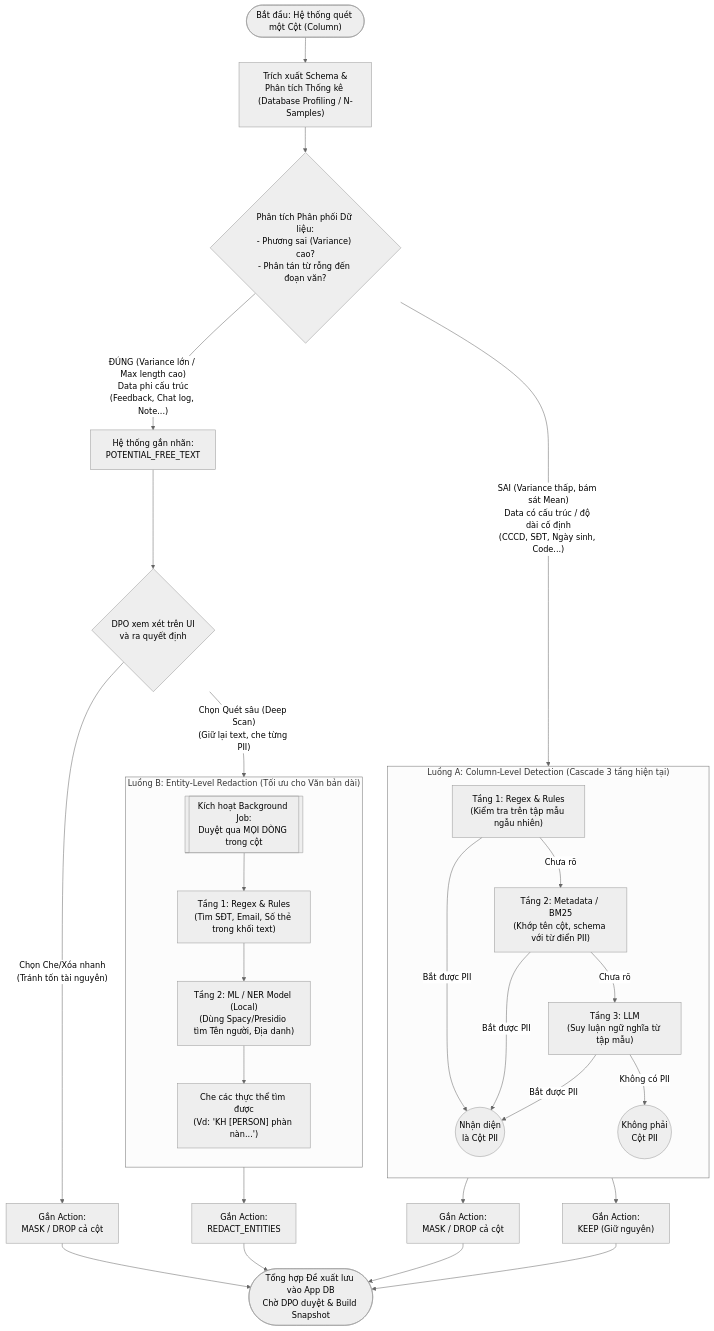
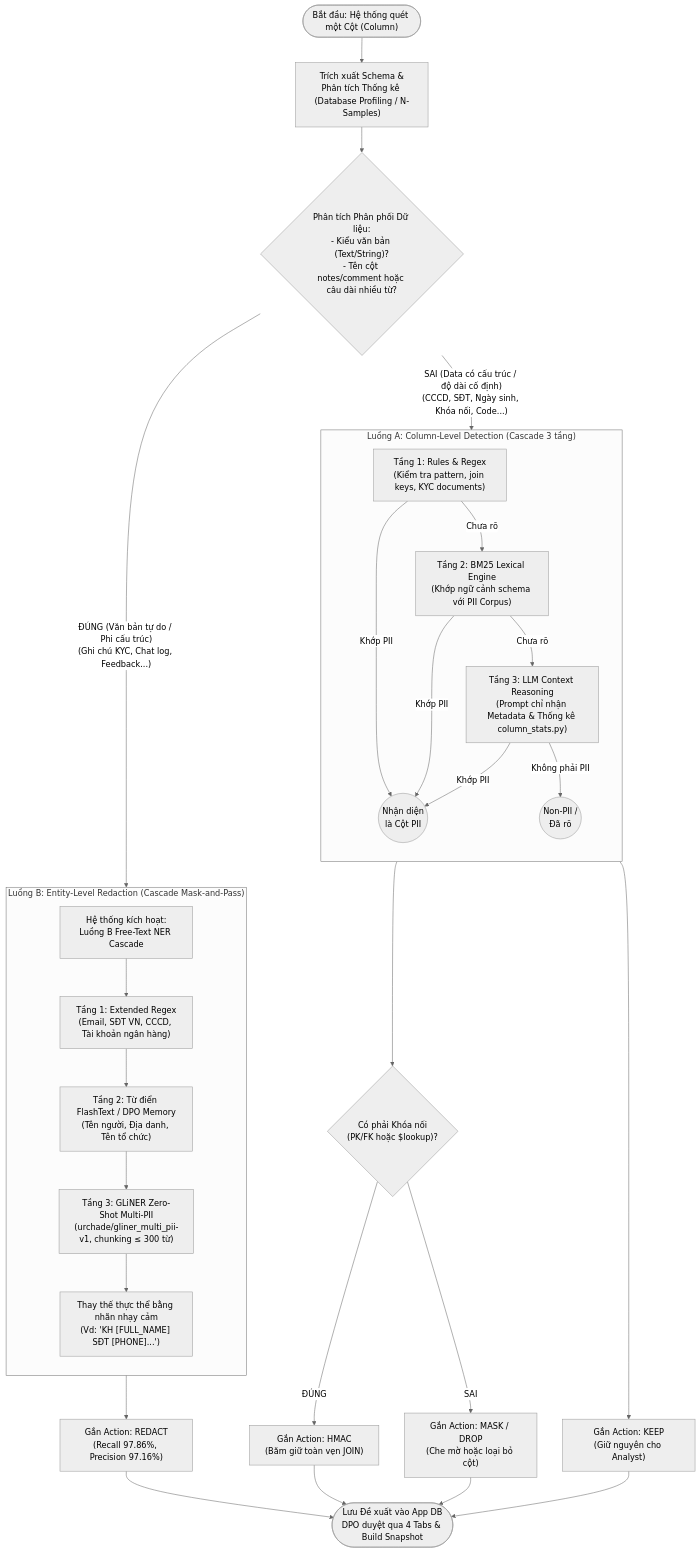
The diagram in docs/pii_redaction_flowchart.md (tlong1610/PII_Masking), drawn with Mermaid (neutral theme) before and after one commit. The commit also changed other lines of this file and 13 other files, not shown here.

````diff
--- a/docs/pii_redaction_flowchart.md
+++ b/docs/pii_redaction_flowchart.md
@@ -5,50 +5,46 @@
 ```mermaid
 flowchart TD
     Start(["Bắt đầu: Hệ thống quét một Cột (Column)"]) --> Profiling["Trích xuất Schema &\nPhân tích Thống kê (Database Profiling / N-Samples)"]
     
-    Profiling --> Condition{"Phân tích Phân phối Dữ liệu:\n- Phương sai (Variance) cao?\n- Phân tán từ rỗng đến đoạn văn?"}
+    Profiling --> Condition{"Phân tích Phân phối Dữ liệu:\n- Kiểu văn bản (Text/String)?\n- Tên cột notes/comment hoặc câu dài nhiều từ?"}
     
     %% ================= LUỒNG B =================
-    Condition -- "ĐÚNG (Variance lớn / Max length cao)\nData phi cấu trúc\n(Feedback, Chat log, Note...)" --> FlowB_Start["Hệ thống gắn nhãn:\nPOTENTIAL_FREE_TEXT"]
-    FlowB_Start --> DPODecision{"DPO xem xét trên UI\nvà ra quyết định"}
+    Condition -- "ĐÚNG (Văn bản tự do / Phi cấu trúc)\n(Ghi chú KYC, Chat log, Feedback...)" --> FlowB_Start["Hệ thống kích hoạt:\nLuồng B Free-Text NER Cascade"]
     
-    DPODecision -- "Chọn Che/Xóa nhanh\n(Tránh tốn tài nguyên)" --> NormalAction["Gắn Action:\nMASK / DROP cả cột"]
-    
-    DPODecision -- "Chọn Quét sâu (Deep Scan)\n(Giữ lại text, che từng PII)" 
-    
-    --> RowLevelJob[["Kích hoạt Background Job:\nDuyệt qua MỌI DÒNG trong cột"]]
-    
-    subgraph FlowB ["Luồng B: Entity-Level Redaction (Tối ưu cho Văn bản dài)"]
+    subgraph FlowB ["Luồng B: Entity-Level Redaction (Cascade Mask-and-Pass)"]
         direction TB
-        RowLevelJob --> B_Regex["Tầng 1: Regex & Rules\n(Tìm SĐT, Email, Số thẻ trong khối text)"]
-        B_Regex --> B_NER["Tầng 2: ML / NER Model (Local)\n(Dùng Spacy/Presidio tìm Tên người, Địa danh)"]
-        B_NER --> B_Output["Che các thực thể tìm được\n(Vd: 'KH [PERSON] phàn nàn...')"]
+        FlowB_Start --> B_Regex["Tầng 1: Extended Regex\n(Email, SĐT VN, CCCD, Tài khoản ngân hàng)"]
+        B_Regex --> B_FlashText["Tầng 2: Từ điển FlashText / DPO Memory\n(Tên người, Địa danh, Tên tổ chức)"]
+        B_FlashText --> B_GLiNER["Tầng 3: GLiNER Zero-Shot Multi-PII\n(urchade/gliner_multi_pii-v1, chunking ≤ 300 từ)"]
+        B_GLiNER --> B_Output["Thay thế thực thể bằng nhãn nhạy cảm\n(Vd: 'KH [FULL_NAME] SĐT [PHONE]...')"]
     end
     
-    B_Output --> RedactAction["Gắn Action:\nREDACT_ENTITIES"]
+    B_Output --> RedactAction["Gắn Action: REDACT\n(Recall 97.86%, Precision 97.16%)"]
     
     %% ================= LUỒNG A =================
-    Condition -- "SAI (Variance thấp, bám sát Mean)\nData có cấu trúc / độ dài cố định\n(CCCD, SĐT, Ngày sinh, Code...)" --> A_Regex
+    Condition -- "SAI (Data có cấu trúc / độ dài cố định)\n(CCCD, SĐT, Ngày sinh, Khóa nối, Code...)" --> A_Regex
     
-    subgraph FlowA ["Luồng A: Column-Level Detection (Cascade 3 tầng hiện tại)"]
+    subgraph FlowA ["Luồng A: Column-Level Detection (Cascade 3 tầng)"]
         direction TB
-        A_Regex["Tầng 1: Regex & Rules\n(Kiểm tra trên tập mẫu ngẫu nhiên)"]
-        A_Regex -- "Chưa rõ" --> A_BM25["Tầng 2: Metadata / BM25\n(Khớp tên cột, schema với từ điển PII)"]
-        A_BM25 -- "Chưa rõ" --> A_LLM["Tầng 3: LLM\n(Suy luận ngữ nghĩa từ tập mẫu)"]
+        A_Regex["Tầng 1: Rules & Regex\n(Kiểm tra pattern, join keys, KYC documents)"]
+        A_Regex -- "Chưa rõ" --> A_BM25["Tầng 2: BM25 Lexical Engine\n(Khớp ngữ cảnh schema với PII Corpus)"]
+        A_BM25 -- "Chưa rõ" --> A_LLM["Tầng 3: LLM Context Reasoning\n(Prompt chỉ nhận Metadata & Thống kê column_stats.py)"]
         
-        A_Regex -- "Bắt được PII" --> A_Found((Nhận diện\nlà Cột PII))
-        A_BM25 -- "Bắt được PII" --> A_Found
-        A_LLM -- "Bắt được PII" --> A_Found
+        A_Regex -- "Khớp PII" --> A_Found((Nhận diện\nlà Cột PII))
+        A_BM25 -- "Khớp PII" --> A_Found
+        A_LLM -- "Khớp PII" --> A_Found
         
-        A_LLM -- "Không có PII" --> A_Safe((Không phải\nCột PII))
+        A_LLM -- "Không phải PII" --> A_Safe((Non-PII /\nĐã rõ))
     end
     
-    A_Found --> MaskAction["Gắn Action:\nMASK / DROP cả cột"]
-    A_Safe --> KeepAction["Gắn Action:\nKEEP (Giữ nguyên)"]
+    A_Found --> CheckJoin{"Có phải Khóa nối\n(PK/FK hoặc $lookup)?"}
+    CheckJoin -- "ĐÚNG" --> HmacAction["Gắn Action: HMAC\n(Băm giữ toàn vẹn JOIN)"]
+    CheckJoin -- "SAI" --> MaskOrDrop["Gắn Action: MASK / DROP\n(Che mờ hoặc loại bỏ cột)"]
+    A_Safe --> KeepAction["Gắn Action: KEEP\n(Giữ nguyên cho Analyst)"]
     
     %% ================= KẾT LUẬN =================
-    NormalAction --> FinalState(["Tổng hợp Đề xuất lưu vào App DB\nChờ DPO duyệt & Build Snapshot"])
-    RedactAction --> FinalState
-    MaskAction --> FinalState
+    RedactAction --> FinalState(["Lưu Đề xuất vào App DB\nDPO duyệt qua 4 Tabs & Build Snapshot"])
+    HmacAction --> FinalState
+    MaskOrDrop --> FinalState
     KeepAction --> FinalState
 ```
````
